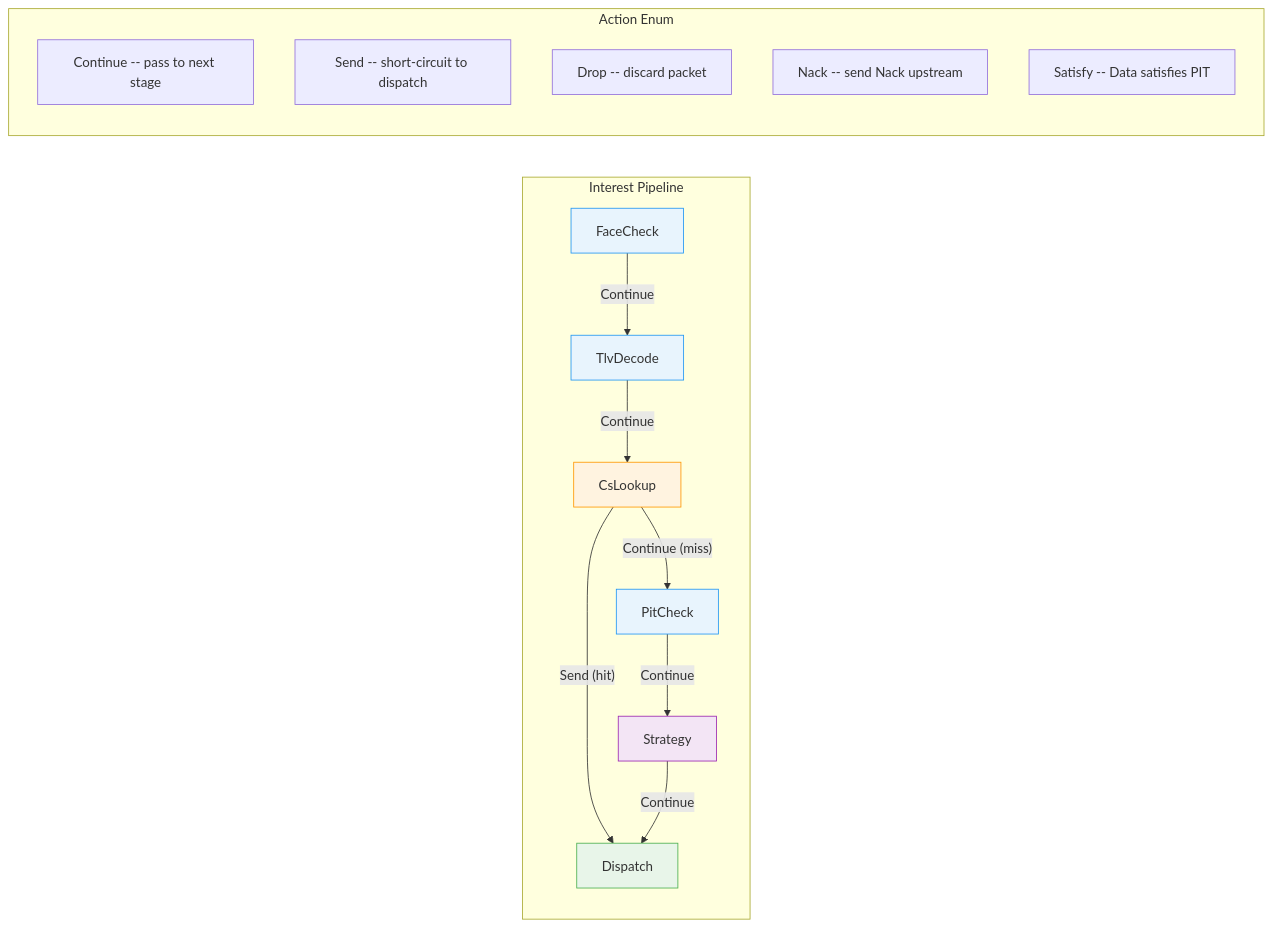
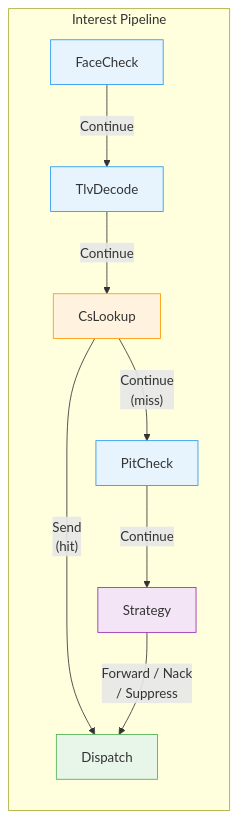
Before and after one commit to Quarmire/ndn-rs: the first of 3 diagrams in docs/wiki/src/design/overview.md, drawn with Mermaid. The commit also changed other lines of this file and 5 other files, not shown here.

First line of the commit message:
wiki: fix broken and visually cluttered diagrams

````diff
--- a/docs/wiki/src/design/overview.md
+++ b/docs/wiki/src/design/overview.md
@@ -11,27 +11,18 @@
 ```mermaid
-graph LR
-    subgraph Interest Pipeline
+flowchart LR
+    subgraph "Interest Pipeline"
         A["FaceCheck"] -->|"Continue"| B["TlvDecode"]
         B -->|"Continue"| C["CsLookup"]
-        C -->|"Continue (miss)"| D["PitCheck"]
-        C -->|"Send (hit)"| OUT["Dispatch"]
+        C -->|"Continue\n(miss)"| D["PitCheck"]
+        C -->|"Send\n(hit)"| OUT["Dispatch"]
         D -->|"Continue"| E["Strategy"]
-        E -->|"Continue"| OUT
-    end
-
-    subgraph Action Enum
-        direction TB
-        R1["Continue -- pass to next stage"]
-        R2["Send -- short-circuit to dispatch"]
-        R3["Drop -- discard packet"]
-        R4["Nack -- send Nack upstream"]
-        R5["Satisfy -- Data satisfies PIT"]
+        E -->|"Forward / Nack\n/ Suppress"| OUT
     end
 
     style A fill:#e8f4fd,stroke:#2196F3
     style B fill:#e8f4fd,stroke:#2196F3
     style C fill:#fff3e0,stroke:#FF9800
     style D fill:#e8f4fd,stroke:#2196F3
     style E fill:#f3e5f5,stroke:#9C27B0
     style OUT fill:#e8f5e9,stroke:#4CAF50
 ```
````
